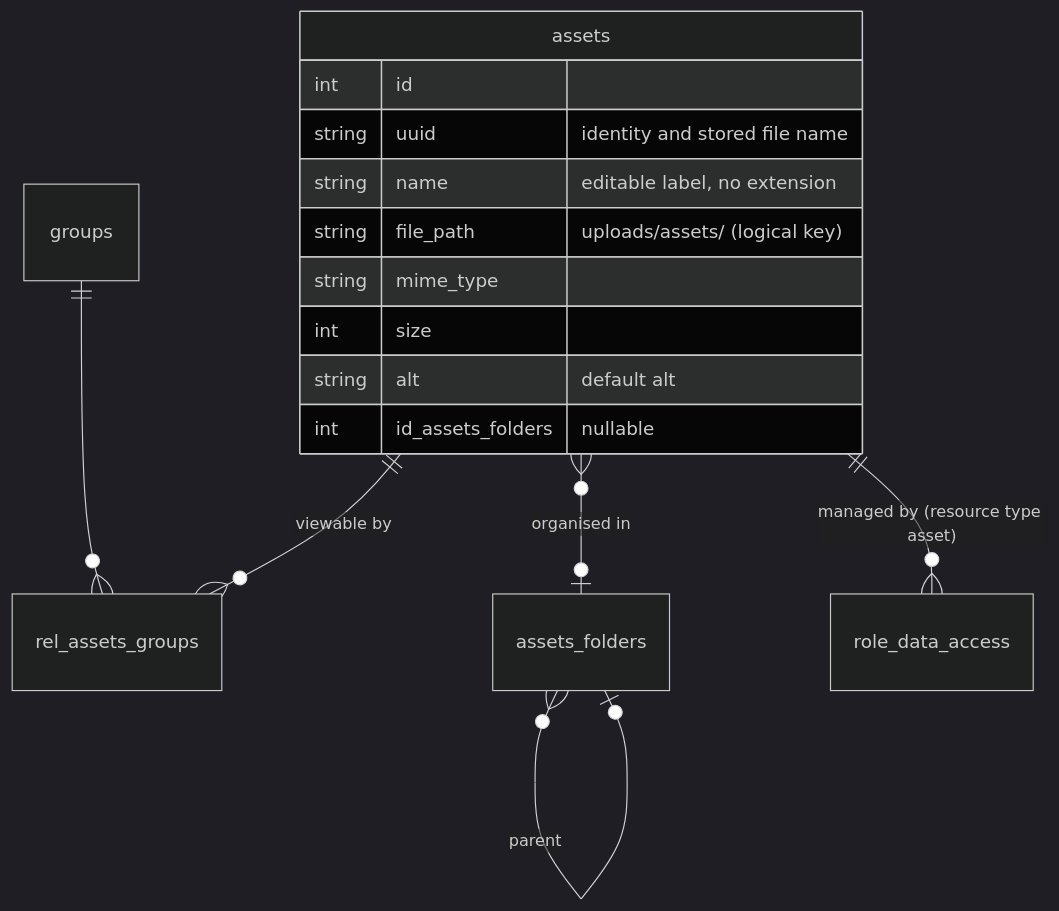
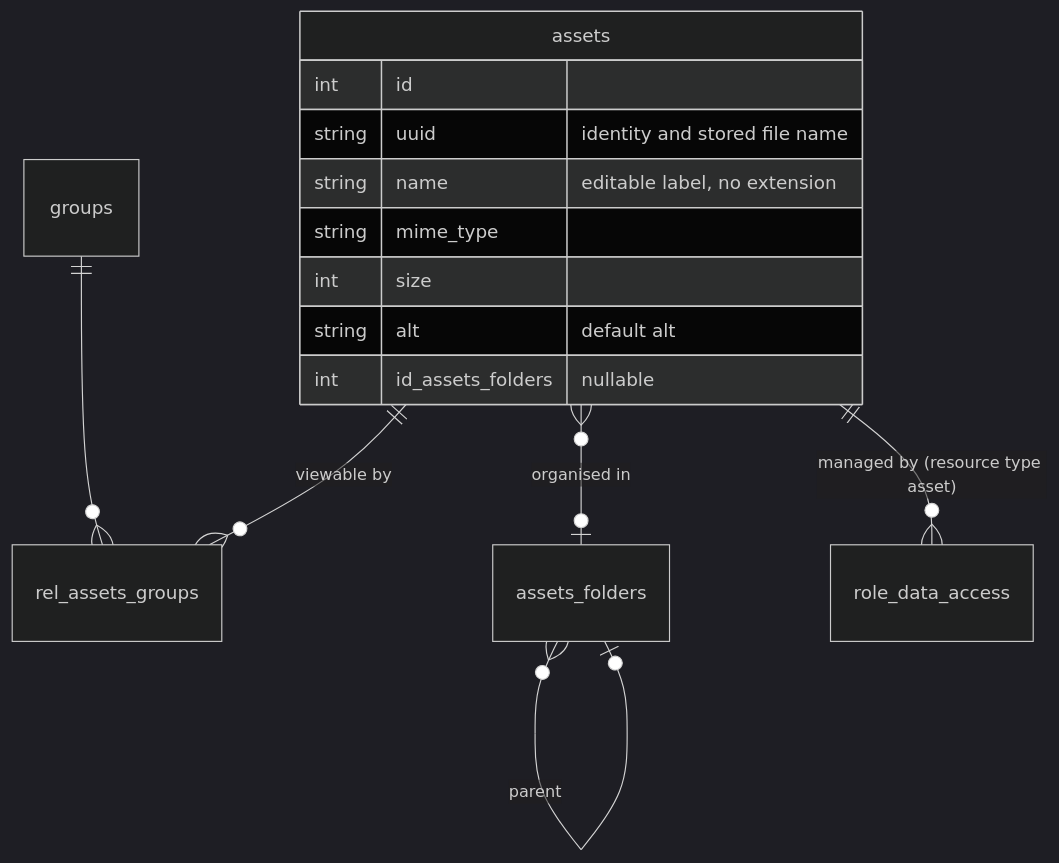
The diagram in docs/developer/09-asset-management.md (humdek-unibe-ch/sh-selfhelp_backend), drawn with Mermaid (dark theme) before and after one commit. The commit also changed other lines of this file and 22 other files, not shown here.

First line of the commit message:
feat(assets): store files as var/assets/<uuid> with configurable private roots

````diff
--- a/docs/developer/09-asset-management.md
+++ b/docs/developer/09-asset-management.md
@@ -15,18 +15,17 @@
 ```mermaid
 erDiagram
     assets ||--o{ rel_assets_groups : "viewable by"
     groups ||--o{ rel_assets_groups : ""
     assets }o--o| assets_folders : "organised in"
     assets_folders }o--o| assets_folders : "parent"
     assets ||--o{ role_data_access : "managed by (resource type asset)"
     assets {
         int id
         string uuid "identity and stored file name"
         string name "editable label, no extension"
-        string file_path "uploads/assets/<uuid> (logical key)"
         string mime_type
         int size
         string alt "default alt"
         int id_assets_folders "nullable"
     }
 ```
````
